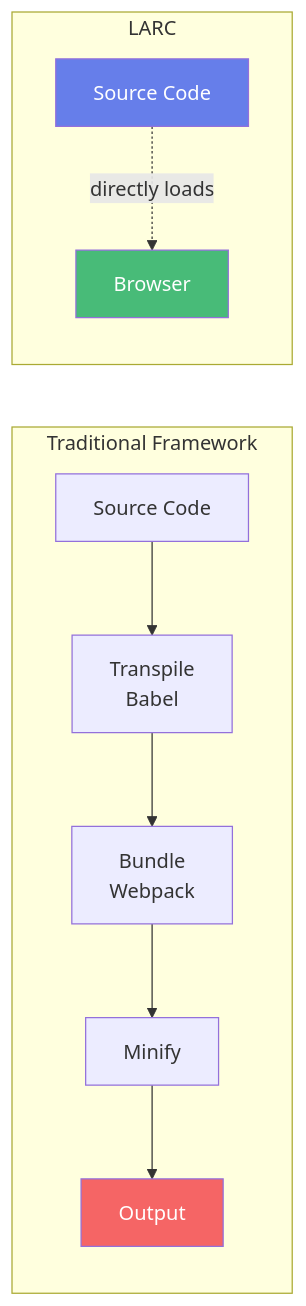
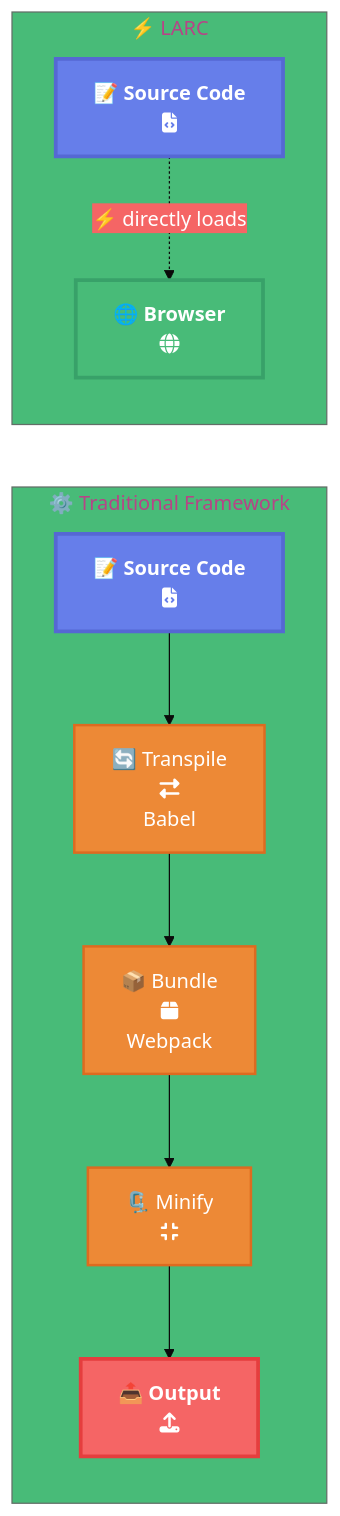
Before and after one commit to larcjs/larc: the third of 5 diagrams in docs/books/learning-larc/diagrams/01-architecture-overview.md, drawn with Mermaid. The commit also changed other lines of this file and 12 other files, not shown here.

First line of the commit message:
docs: expand Learning LARC chapters 11-19 into individual files and enhance diagrams

````diff
--- a/docs/books/learning-larc/diagrams/01-architecture-overview.md
+++ b/docs/books/learning-larc/diagrams/01-architecture-overview.md
@@ -101,23 +114,30 @@
 ```mermaid
+%%{init: {'theme':'base', 'themeVariables': { 'primaryColor':'#667eea','primaryTextColor':'#fff','secondaryColor':'#f56565','tertiaryColor':'#48bb78'}}}%%
 graph LR
-    subgraph "Traditional Framework"
-        S1[Source Code]
-        T1[Transpile<br/>Babel]
-        B1[Bundle<br/>Webpack]
-        M1[Minify]
-        O1[Output]
+    subgraph Traditional["⚙️ Traditional Framework"]
+        S1["📝 Source Code<br/>fa:fa-file-code"]
+        T1["🔄 Transpile<br/>fa:fa-exchange-alt<br/>Babel"]
+        B1["📦 Bundle<br/>fa:fa-box<br/>Webpack"]
+        M1["🗜️ Minify<br/>fa:fa-compress"]
+        O1["📤 Output<br/>fa:fa-upload"]
 
         S1 --> T1 --> B1 --> M1 --> O1
     end
 
-    subgraph "LARC"
-        S2[Source Code]
-        BR[Browser]
+    subgraph LARC["⚡ LARC"]
+        S2["📝 Source Code<br/>fa:fa-file-code"]
+        BR["🌐 Browser<br/>fa:fa-globe"]
 
-        S2 -.directly loads.-> BR
+        S2 -.⚡ directly loads.-> BR
     end
 
-    style S2 fill:#667eea,color:#fff
-    style BR fill:#48bb78,color:#fff
-    style O1 fill:#f56565,color:#fff
+    classDef source fill:#667eea,stroke:#5568d3,stroke-width:3px,color:#fff,font-weight:bold
+    classDef browser fill:#48bb78,stroke:#38a169,stroke-width:3px,color:#fff,font-weight:bold
+    classDef output fill:#f56565,stroke:#e53e3e,stroke-width:3px,color:#fff,font-weight:bold
+    classDef process fill:#ed8936,stroke:#dd6b20,stroke-width:2px,color:#fff
+
+    class S2,S1 source
+    class BR browser
+    class O1 output
+    class T1,B1,M1 process
 ```
````
